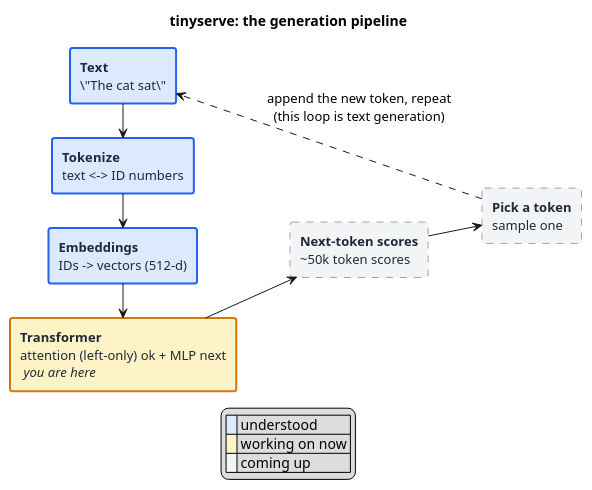
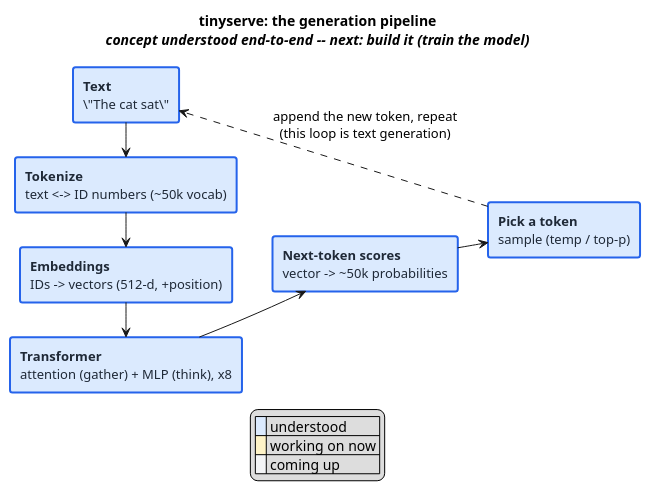
The diagram in docs/pipeline.puml (noahjobse/tinyserve), drawn with PlantUML before and after one commit.

Commit message:
docs: whole generation pipeline understood (concept phase complete)

```diff
--- a/docs/pipeline.puml
+++ b/docs/pipeline.puml
@@ -1,34 +1,34 @@
 @startuml tinyserve-pipeline
 ' Living diagram of tinyserve's generation pipeline.
 ' Update as we go: change a box color/label, add boxes rightward (KV cache, server).
 '   blue  = understood/built   amber = working on now   gray dashed = coming up
 left to right direction
 skinparam shadowing false
 skinparam defaultFontName Helvetica
 skinparam rectangle {
   FontColor #1f2937
   FontSize 13
   BorderThickness 2
 }
-title tinyserve: the generation pipeline
+title tinyserve: the generation pipeline\n// concept understood end-to-end -- next: build it (train the model) //
 
 rectangle "**Text**\n\"The cat sat\"" as text #back:dbeafe;line:2563eb
-rectangle "**Tokenize**\ntext <-> ID numbers" as tok #back:dbeafe;line:2563eb
-rectangle "**Embeddings**\nIDs -> vectors (512-d)" as emb #back:dbeafe;line:2563eb
-rectangle "**Transformer**\nattention (left-only) ok + MLP next\n// you are here //" as xf #back:fef3c7;line:d97706
-rectangle "**Next-token scores**\n~50k token scores" as scores #back:f3f4f6;line:9ca3af;line.dashed
-rectangle "**Pick a token**\nsample one" as pick #back:f3f4f6;line:9ca3af;line.dashed
+rectangle "**Tokenize**\ntext <-> ID numbers (~50k vocab)" as tok #back:dbeafe;line:2563eb
+rectangle "**Embeddings**\nIDs -> vectors (512-d, +position)" as emb #back:dbeafe;line:2563eb
+rectangle "**Transformer**\nattention (gather) + MLP (think), x8" as xf #back:dbeafe;line:2563eb
+rectangle "**Next-token scores**\nvector -> ~50k probabilities" as scores #back:dbeafe;line:2563eb
+rectangle "**Pick a token**\nsample (temp / top-p)" as pick #back:dbeafe;line:2563eb
 
 text  -> tok
 tok   -> emb
 emb   -> xf
 xf    -> scores
 scores -> pick
 pick  ..> text : append the new token, repeat\n(this loop is text generation)
 
 legend bottom
 |<#dbeafe>   | understood |
 |<#fef3c7>   | working on now |
 |<#f3f4f6>   | coming up |
 endlegend
 @enduml
```
